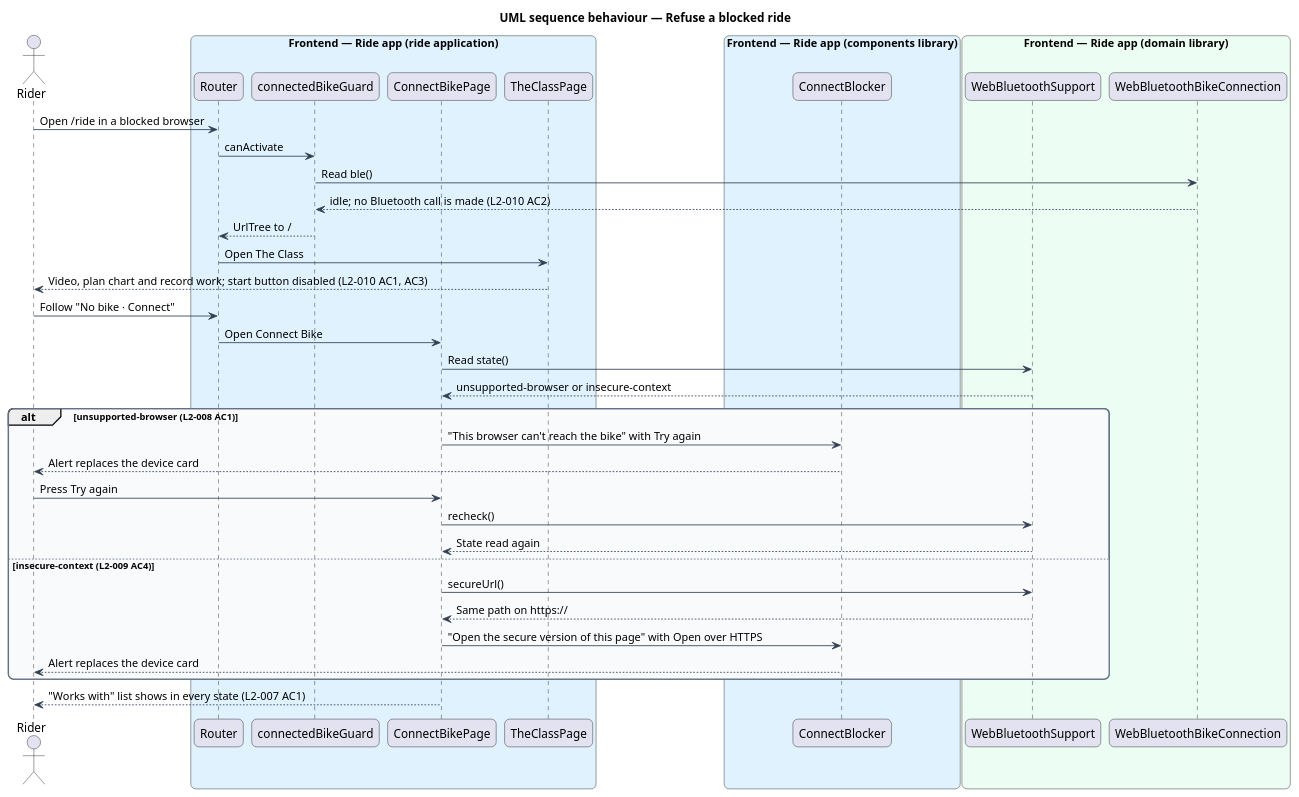
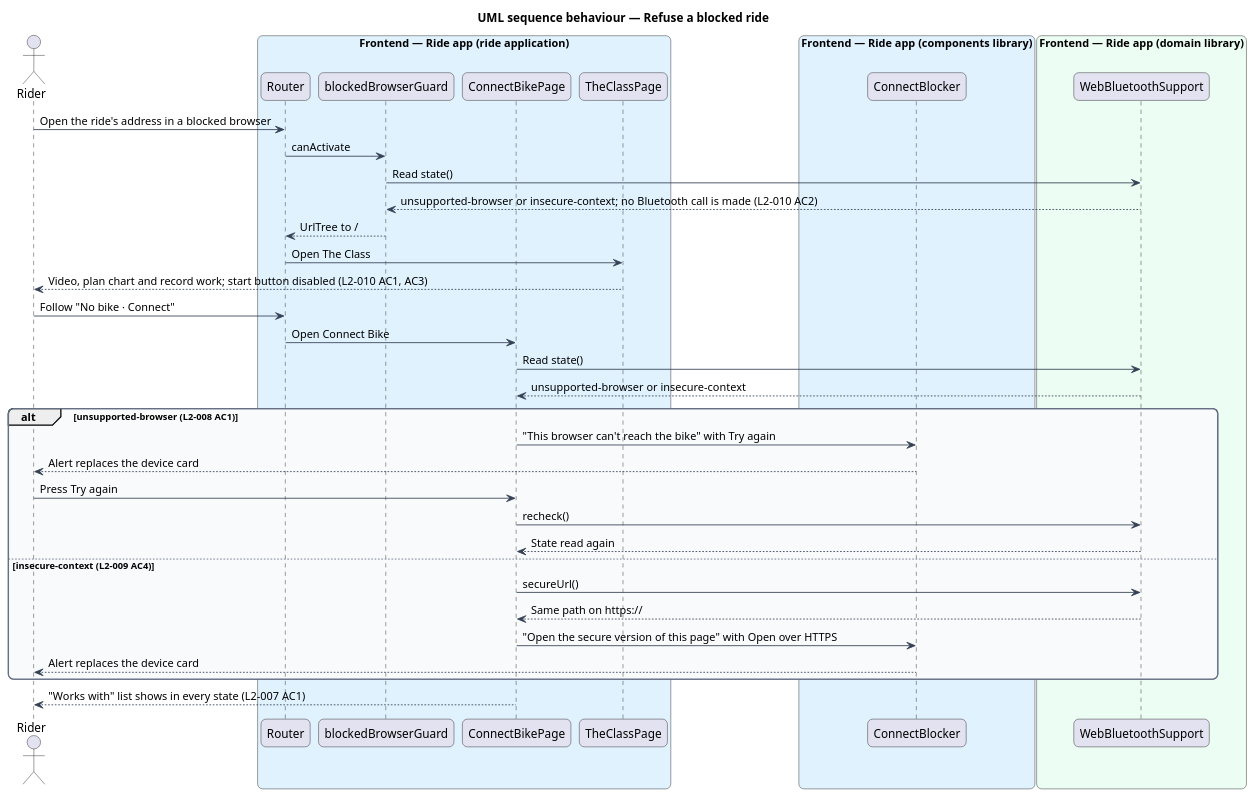
One commit to QuinntyneBrown/ride-one changed the diagram in docs/detailed-designs/bike/check-bike-and-browser-support/diagrams/sequence-refuse-a-blocked-ride.puml. Above: the diagram before and after it, drawn with PlantUML. The commit also changed 86 other files, not shown here.

First line of the commit message:
Slice 30.6: The Class in a blocked browser

```diff
--- a/docs/detailed-designs/bike/check-bike-and-browser-support/diagrams/sequence-refuse-a-blocked-ride.puml
+++ b/docs/detailed-designs/bike/check-bike-and-browser-support/diagrams/sequence-refuse-a-blocked-ride.puml
@@ -1,55 +1,54 @@
 @startuml
 title UML sequence behaviour — Refuse a blocked ride
 skinparam backgroundColor #FFFFFF
 skinparam shadowing false
 skinparam roundcorner 12
 skinparam defaultFontName Arial
 skinparam ArrowColor #344054
 skinparam rectangle {
   BorderColor #344054
   FontColor #101828
 }
 skinparam package {
   BorderColor #667085
   FontColor #101828
   BackgroundColor #F9FAFB
 }
 actor "Rider" as rider
 box "Frontend — Ride app (ride application)" #E0F2FE
   participant "Router" as router
-  participant "connectedBikeGuard" as guard
+  participant "blockedBrowserGuard" as guard
   participant "ConnectBikePage" as connect
   participant "TheClassPage" as page
 end box
 box "Frontend — Ride app (components library)" #E0F2FE
   participant "ConnectBlocker" as blocker
 end box
 box "Frontend — Ride app (domain library)" #ECFDF3
   participant "WebBluetoothSupport" as support
-  participant "WebBluetoothBikeConnection" as connection
 end box
-rider -> router : Open /ride in a blocked browser
+rider -> router : Open the ride's address in a blocked browser
 router -> guard : canActivate
-guard -> connection : Read ble()
-connection --> guard : idle; no Bluetooth call is made (L2-010 AC2)
+guard -> support : Read state()
+support --> guard : unsupported-browser or insecure-context; no Bluetooth call is made (L2-010 AC2)
 guard --> router : UrlTree to /
 router -> page : Open The Class
 page --> rider : Video, plan chart and record work; start button disabled (L2-010 AC1, AC3)
 rider -> router : Follow "No bike · Connect"
 router -> connect : Open Connect Bike
 connect -> support : Read state()
 support --> connect : unsupported-browser or insecure-context
 alt unsupported-browser (L2-008 AC1)
   connect -> blocker : "This browser can't reach the bike" with Try again
   blocker --> rider : Alert replaces the device card
   rider -> connect : Press Try again
   connect -> support : recheck()
   support --> connect : State read again
 else insecure-context (L2-009 AC4)
   connect -> support : secureUrl()
   support --> connect : Same path on https://
   connect -> blocker : "Open the secure version of this page" with Open over HTTPS
   blocker --> rider : Alert replaces the device card
 end
 connect --> rider : "Works with" list shows in every state (L2-007 AC1)
 @enduml
```
